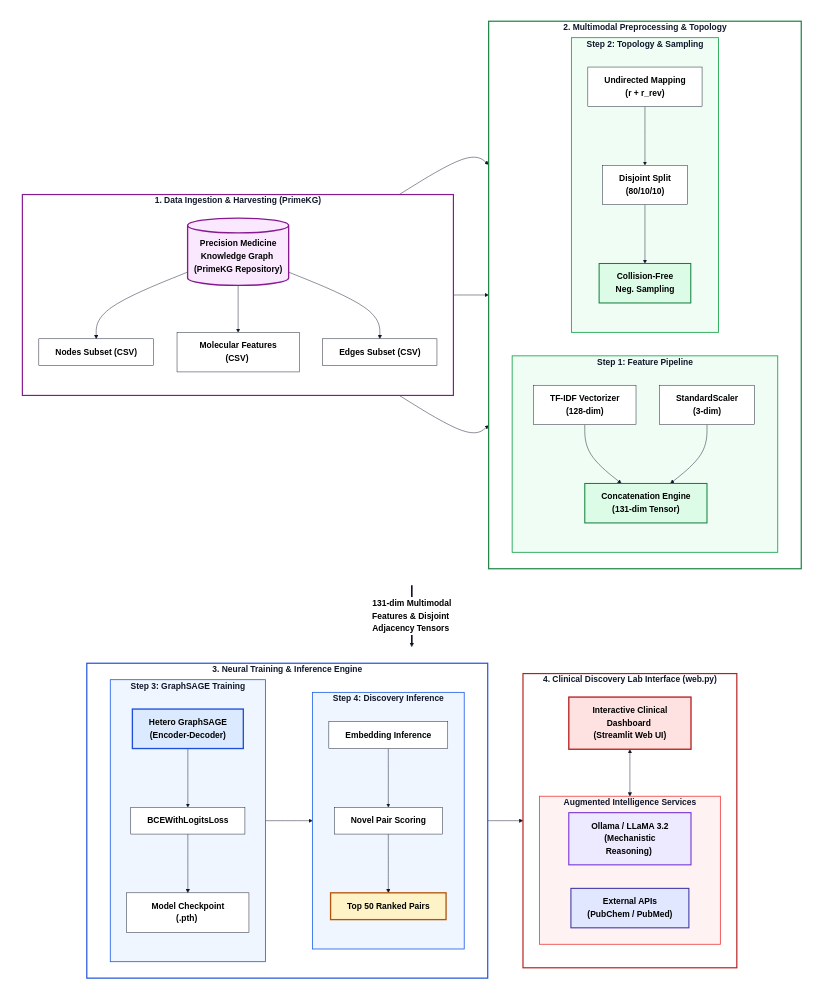
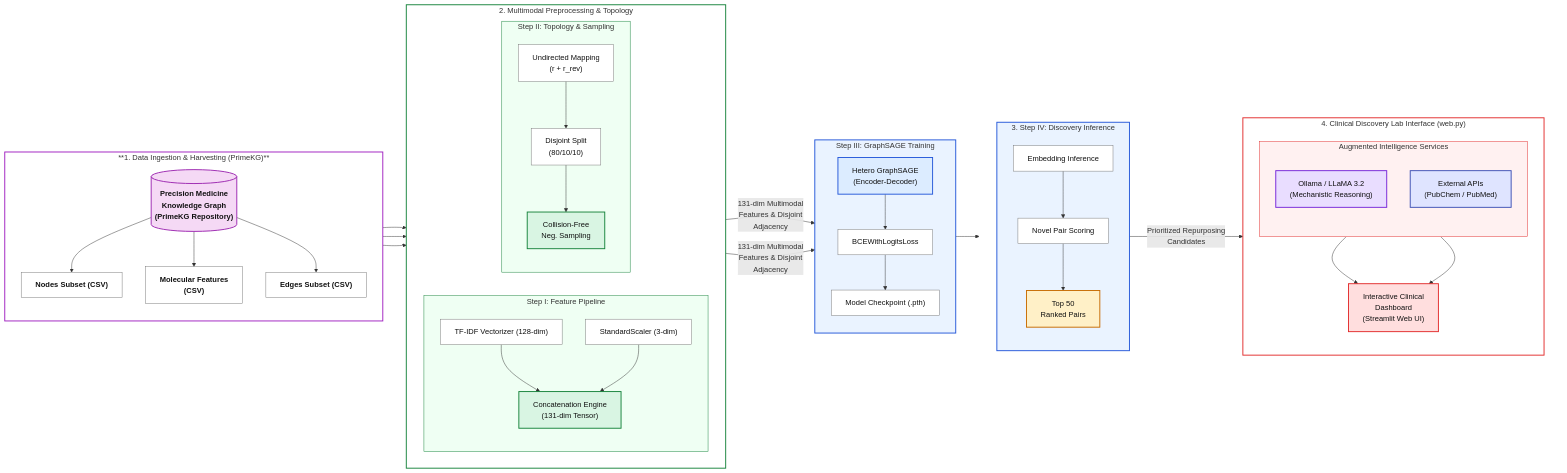
One commit to ojhaprathmesh/Rapid_AI_Drug_Repurposing_Repo changed the diagram in docs/SYSTEM_ARCHITECTURE.mmd. Above: the diagram before and after it, drawn with Mermaid. The commit also changed 10 other files, not shown here.

First line of the commit message:
docs(paper): Standardize LaTeX indentation, optimize figure sizing, and refresh diagrams

```diff
--- a/docs/SYSTEM_ARCHITECTURE.mmd
+++ b/docs/SYSTEM_ARCHITECTURE.mmd
@@ -1,117 +1,111 @@
-%%{init: {
-  'theme': 'default',
-  'themeVariables': {
-    'fontSize': '18px',
-    'fontFamily': 'Helvetica Neue, Helvetica, Arial, sans-serif',
-    'textColor': '#000000',
-    'lineColor': '#0f172a',
-    'mainBkg': '#ffffff',
-    'nodeBorder': '#0f172a',
-    'clusterBkg': '#ffffff',
-    'clusterBorder': '#0f172a',
-    'titleColor': '#0f172a',
-    'edgeLabelBackground': '#ffffff'
-  }
-}}%%
-flowchart TB
-    %% ROW 1: INGESTION & PREPROCESSING
-    subgraph ROW1 [" "]
-        direction LR
-        subgraph Data_Tier ["&nbsp;<b>1. Data Ingestion & Harvesting (PrimeKG)</b>&nbsp;"]
-            direction TB
-            PrimeKG[("<b>&nbsp;Precision Medicine Knowledge Graph&nbsp;<br/>&nbsp;(PrimeKG Repository)&nbsp;</b>")]
-            Nodes["<b>&nbsp;Nodes Subset (CSV)&nbsp;</b>"]
-            Feat["<b>&nbsp;Molecular Features (CSV)&nbsp;</b>"]
-            Edges["<b>&nbsp;Edges Subset (CSV)&nbsp;</b>"]
-            PrimeKG --> Nodes
-            PrimeKG --> Feat
-            PrimeKG --> Edges
-        end
+---
+config:
+  layout: fixed
+---
+flowchart LR
+ subgraph DATA["**1. Data Ingestion &amp; Harvesting (PrimeKG)**"]
+    direction TB
+        PKG[("`**Precision Medicine<br>Knowledge Graph<br>(PrimeKG Repository)**`")]
+        NODES["`**Nodes Subset (CSV)**`"]
+        MOL["`**Molecular Features<br>(CSV)**`"]
+        EDGES["`**Edges Subset (CSV)**`"]
+  end
+ subgraph FEATURE["Step I: Feature Pipeline"]
+    direction TB
+        TFIDF["TF-IDF Vectorizer (128-dim)"]
+        SCALER["StandardScaler (3-dim)"]
+        CONCAT["Concatenation Engine<br>(131-dim Tensor)"]
+  end
+ subgraph TOPO["Step II: Topology & Sampling"]
+    direction TB
+        UNDIRECTED["Undirected Mapping<br>(r + r_rev)"]
+        SPLIT["Disjoint Split<br>(80/10/10)"]
+        NEG["Collision-Free<br>Neg. Sampling"]
+  end
+ subgraph PRE["2. Multimodal Preprocessing & Topology"]
+    direction LR
+        FEATURE
+        TOPO
+  end
+ subgraph TRAIN["Step III: GraphSAGE Training"]
+    direction TB
+        GSAGE["Hetero GraphSAGE<br>(Encoder-Decoder)"]
+        LOSS["BCEWithLogitsLoss"]
+        CHECK["Model Checkpoint (.pth)"]
+  end
+ subgraph DISCOVERY["3. Step IV: Discovery Inference"]
+    direction TB
+        EMB["Embedding Inference"]
+        SCORE["Novel Pair Scoring"]
+        TOP50["Top 50<br>Ranked Pairs"]
+  end
+ subgraph AI["Augmented Intelligence Services"]
+    direction TB
+        OLLAMA["Ollama / LLaMA 3.2<br>(Mechanistic Reasoning)"]
+        APIS["External APIs<br>(PubChem / PubMed)"]
+  end
+ subgraph LAB["4. Clinical Discovery Lab Interface (web.py)"]
+    direction TB
+        AI
+        DASH["Interactive Clinical<br>Dashboard<br>(Streamlit Web UI)"]
+  end
+ subgraph DOWNSTREAM[" "]
+    direction LR
+        DISCOVERY
+        LAB
+  end
+    PKG --> NODES & MOL & EDGES
+    TFIDF --> CONCAT
+    SCALER --> CONCAT
+    UNDIRECTED --> SPLIT
+    SPLIT --> NEG
+    NODES --> TFIDF
+    MOL --> SCALER
+    EDGES --> UNDIRECTED
+    CONCAT -- "131-dim Multimodal<br>Features &amp; Disjoint<br>Adjacency" --> GSAGE
+    NEG -- "131-dim Multimodal<br>Features &amp; Disjoint<br>Adjacency" --> GSAGE
+    GSAGE --> LOSS
+    LOSS --> CHECK
+    EMB --> SCORE
+    SCORE --> TOP50
+    OLLAMA --> DASH
+    APIS --> DASH
+    CHECK --> EMB
+    TOP50 -- Prioritized Repurposing<br>Candidates --> DASH
 
-        subgraph Processing_Tier ["&nbsp;<b>2. Multimodal Preprocessing & Topology</b>&nbsp;"]
-            direction LR
-            subgraph Feature_Engineering ["&nbsp;<b>Step 1: Feature Pipeline</b>&nbsp;"]
-                direction TB
-                TFIDF["<b>&nbsp;TF-IDF Vectorizer&nbsp;<br/>&nbsp;(128-dim)&nbsp;</b>"]
-                Scaler["<b>&nbsp;StandardScaler&nbsp;<br/>&nbsp;(3-dim)&nbsp;</b>"]
-                Concat["<b>&nbsp;Concatenation Engine&nbsp;<br/>&nbsp;(131-dim Tensor)&nbsp;</b>"]
-                TFIDF & Scaler --> Concat
-            end
-
-            subgraph Graph_Logic ["&nbsp;<b>Step 2: Topology & Sampling</b>&nbsp;"]
-                direction TB
-                Undirected["<b>&nbsp;Undirected Mapping&nbsp;<br/>&nbsp;(r + r_rev)&nbsp;</b>"]
-                Split["<b>&nbsp;Disjoint Split&nbsp;<br/>&nbsp;(80/10/10)&nbsp;</b>"]
-                NegSamp["<b>&nbsp;Collision-Free&nbsp;<br/>&nbsp;Neg. Sampling&nbsp;</b>"]
-                Undirected --> Split --> NegSamp
-            end
-        end
-
-        Nodes --> TFIDF
-        Feat --> Scaler
-        Edges --> Undirected
-    end
-
-    %% ROW 2: NEURAL ENGINE & CLINICAL LAB
-    subgraph ROW2 [" "]
-        direction LR
-        subgraph Model_Tier ["&nbsp;<b>3. Neural Training & Inference Engine</b>&nbsp;"]
-            direction LR
-            subgraph Model_Engine ["&nbsp;<b>Step 3: GraphSAGE Training</b>&nbsp;"]
-                direction TB
-                SAGE["<b>&nbsp;Hetero GraphSAGE&nbsp;<br/>&nbsp;(Encoder-Decoder)&nbsp;</b>"]
-                Loss["<b>&nbsp;BCEWithLogitsLoss&nbsp;</b>"]
-                Weights["<b>&nbsp;Model Checkpoint (.pth)&nbsp;</b>"]
-                SAGE --> Loss --> Weights
-            end
-
-            subgraph Discovery_Inference ["&nbsp;<b>Step 4: Discovery Inference</b>&nbsp;"]
-                direction TB
-                Inference["<b>&nbsp;Embedding Inference&nbsp;</b>"]
-                Scoring["<b>&nbsp;Novel Pair Scoring&nbsp;</b>"]
-                Ranking["<b>&nbsp;Top 50 Ranked Pairs&nbsp;</b>"]
-                Inference --> Scoring --> Ranking
-            end
-            Weights --> Inference
-        end
-
-        subgraph Dashboard_UX ["&nbsp;<b>4. Clinical Discovery Lab Interface (web.py)</b>&nbsp;"]
-            direction TB
-            Streamlit["<b>&nbsp;Interactive Clinical Dashboard&nbsp;<br/>&nbsp;(Streamlit Web UI)&nbsp;</b>"]
-            subgraph Aux_Services ["&nbsp;<b>Augmented Intelligence Services</b>&nbsp;"]
-                direction LR
-                LLM["<b>&nbsp;Ollama / LLaMA 3.2&nbsp;<br/>&nbsp;(Mechanistic Reasoning)&nbsp;</b>"]
-                APIs["<b>&nbsp;External APIs&nbsp;<br/>&nbsp;(PubChem / PubMed)&nbsp;</b>"]
-            end
-            Streamlit <--> Aux_Services
-        end
-
-        Ranking --> Streamlit
-    end
-
-    %% INTER-ROW CONNECTION
-    ROW1 ==>|"&nbsp;<b>131-dim Multimodal Features & Disjoint Adjacency Tensors</b>&nbsp;"| ROW2
-
-    %% Styling
-    style ROW1 fill:none,stroke:none
-    style ROW2 fill:none,stroke:none
-
-    style Data_Tier fill:#ffffff,stroke:#86198f,stroke-width:2.5px
-    style Processing_Tier fill:#ffffff,stroke:#15803d,stroke-width:2.5px
-    style Model_Tier fill:#ffffff,stroke:#1d4ed8,stroke-width:2.5px
-    style Dashboard_UX fill:#ffffff,stroke:#b91c1c,stroke-width:2.5px
-
-    style Feature_Engineering fill:#f0fdf4,stroke:#16a34a,stroke-width:1.8px
-    style Graph_Logic fill:#f0fdf4,stroke:#16a34a,stroke-width:1.8px
-    style Model_Engine fill:#eff6ff,stroke:#2563eb,stroke-width:1.8px
-    style Discovery_Inference fill:#eff6ff,stroke:#2563eb,stroke-width:1.8px
-    style Aux_Services fill:#fef2f2,stroke:#ef4444,stroke-width:1.8px
-
-    style PrimeKG fill:#fae8ff,stroke:#86198f,stroke-width:2.8px,color:#000000
-    style SAGE fill:#dbeafe,stroke:#1d4ed8,stroke-width:2.8px,color:#000000
-    style Streamlit fill:#fee2e2,stroke:#b91c1c,stroke-width:2.8px,color:#000000
-    style LLM fill:#ede9fe,stroke:#6d28d9,stroke-width:2.2px,color:#000000
-    style APIs fill:#e0e7ff,stroke:#3730a3,stroke-width:2.2px,color:#000000
-    style Ranking fill:#fef3c7,stroke:#b45309,stroke-width:2.8px,color:#000000
-    style Concat fill:#dcfce7,stroke:#15803d,stroke-width:2.2px,color:#000000
-    style NegSamp fill:#dcfce7,stroke:#15803d,stroke-width:2.2px,color:#000000
+     PKG:::dataNode
+     NODES:::processNode
+     MOL:::processNode
+     EDGES:::processNode
+     TFIDF:::processNode
+     SCALER:::processNode
+     CONCAT:::greenNode
+     UNDIRECTED:::processNode
+     SPLIT:::processNode
+     NEG:::greenNode
+     GSAGE:::blueNode
+     LOSS:::processNode
+     CHECK:::processNode
+     EMB:::processNode
+     SCORE:::processNode
+     TOP50:::orangeNode
+     OLLAMA:::purpleNode
+     APIS:::apiNode
+     DASH:::dashboardNode
+    classDef dataNode fill:#f5d9f5,stroke:#9c27b0,stroke-width:2px,color:#111
+    classDef processNode fill:#ffffff,stroke:#777,stroke-width:1px,color:#111
+    classDef greenNode fill:#d9f5e3,stroke:#16833b,stroke-width:2px,color:#111
+    classDef blueNode fill:#dcecff,stroke:#2558d9,stroke-width:2px,color:#111
+    classDef orangeNode fill:#fff0c7,stroke:#c76b00,stroke-width:2px,color:#111
+    classDef purpleNode fill:#e9ddff,stroke:#7625d9,stroke-width:2px,color:#111
+    classDef apiNode fill:#dfe4ff,stroke:#3d50b5,stroke-width:2px,color:#111
+    classDef dashboardNode fill:#ffdede,stroke:#e22b2b,stroke-width:2px,color:#111
+    style FEATURE fill:#effff3,stroke:#16833b,stroke-width:1px
+    style TOPO fill:#effff3,stroke:#16833b,stroke-width:1px
+    style AI fill:#fff1f1,stroke:#e22b2b,stroke-width:1px
+    style DISCOVERY fill:#eaf3ff,stroke:#2558d9,stroke-width:2px
+    style LAB fill:#ffffff,stroke:#e22b2b,stroke-width:2px
+    style DATA fill:#ffffff,stroke:#a020c0,stroke-width:2px
+    style PRE fill:#ffffff,stroke:#16833b,stroke-width:2px
+    style TRAIN fill:#eaf3ff,stroke:#2558d9,stroke-width:2px
+    style DOWNSTREAM fill:transparent,stroke:transparent
```
